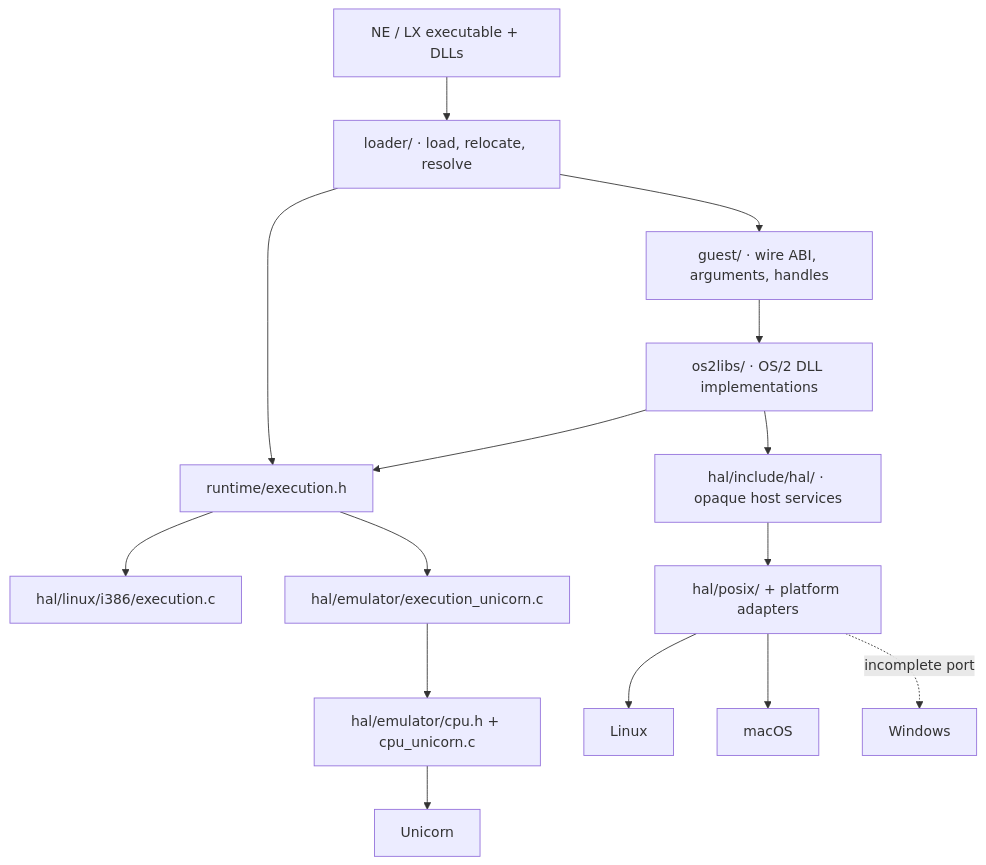
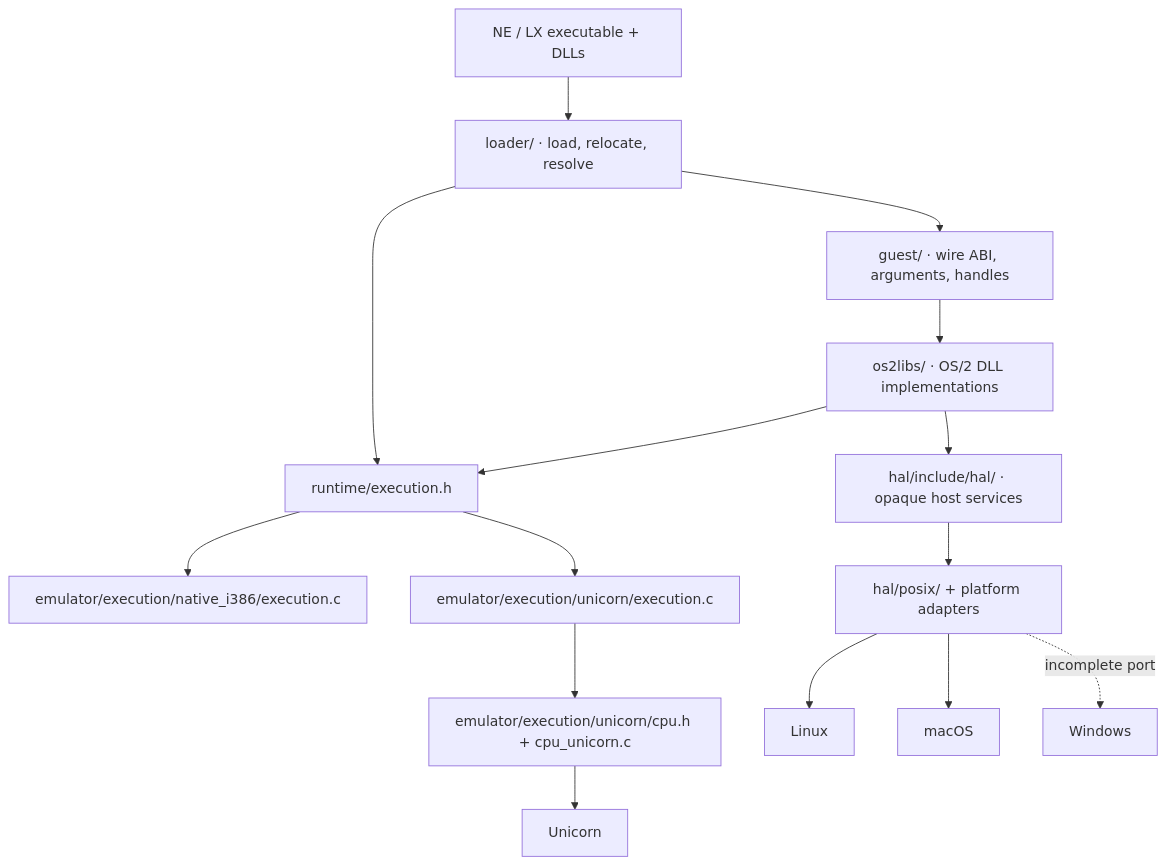
One commit to bitwisecook/2ine changed the first of 9 diagrams in docs/architecture.md. Above: the diagram before and after it, drawn with Mermaid. The commit also changed other lines of this file and 23 other files, not shown here.

First line of the commit message:
Move the execution backends to emulator/execution

````diff
--- a/docs/architecture.md
+++ b/docs/architecture.md
@@ -9,16 +9,16 @@
 ```mermaid
 flowchart TD
     Image["NE / LX executable + DLLs"] --> Loader["loader/ · load, relocate, resolve"]
     Loader --> Guest["guest/ · wire ABI, arguments, handles"]
     Guest --> APIs["os2libs/ · OS/2 DLL implementations"]
     Loader --> Execution["runtime/execution.h"]
     APIs --> Execution
-    Execution --> Native["hal/linux/i386/execution.c"]
-    Execution --> Emulator["hal/emulator/execution_unicorn.c"]
-    Emulator --> CPU["hal/emulator/cpu.h + cpu_unicorn.c"] --> Unicorn["Unicorn"]
+    Execution --> Native["emulator/execution/native_i386/execution.c"]
+    Execution --> Emulator["emulator/execution/unicorn/execution.c"]
+    Emulator --> CPU["emulator/execution/unicorn/cpu.h + cpu_unicorn.c"] --> Unicorn["Unicorn"]
     APIs --> Host["hal/include/hal/ · opaque host services"]
     Host --> HAL["hal/posix/ + platform adapters"]
     HAL --> Linux["Linux"]
     HAL --> Mac["macOS"]
     HAL -. incomplete port .-> Windows["Windows"]
 ```
````
